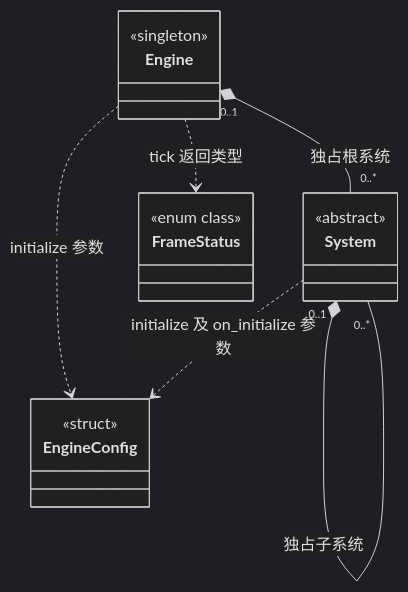
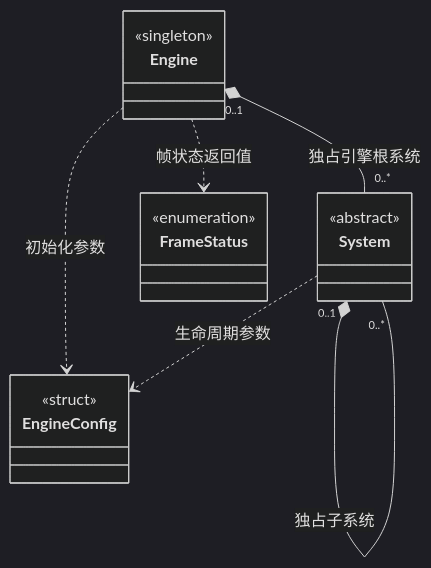
The first of 14 diagrams in docs/class-diagrams/references.md (lcals/Engine), drawn with Mermaid (dark theme) before and after one commit. The commit also changed other lines of this file and 53 other files, not shown here.

````diff
--- a/docs/class-diagrams/references.md
+++ b/docs/class-diagrams/references.md
@@ -9,21 +20,21 @@
 ```mermaid
 classDiagram
     direction TB
     class Engine {
         <<singleton>>
     }
     class System {
         <<abstract>>
     }
     class EngineConfig {
         <<struct>>
     }
     class FrameStatus {
-        <<enum class>>
+        <<enumeration>>
     }
-    Engine "0..1" *-- "0..*" System : 独占根系统
+    Engine "0..1" *-- "0..*" System : 独占引擎根系统
     System "0..1" *-- "0..*" System : 独占子系统
-    Engine ..> EngineConfig : initialize 参数
-    System ..> EngineConfig : initialize 及 on_initialize 参数
-    Engine ..> FrameStatus : tick 返回类型
+    Engine ..> EngineConfig : 初始化参数
+    System ..> EngineConfig : 生命周期参数
+    Engine ..> FrameStatus : 帧状态返回值
 ```
````
